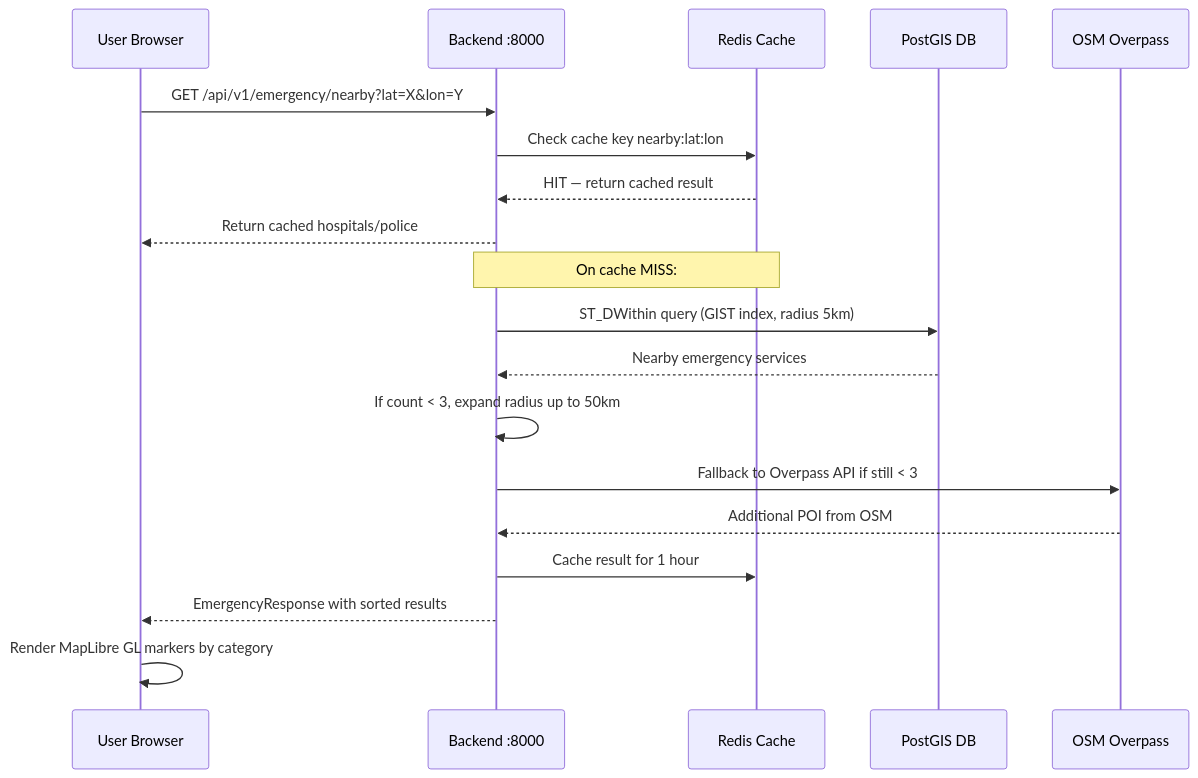
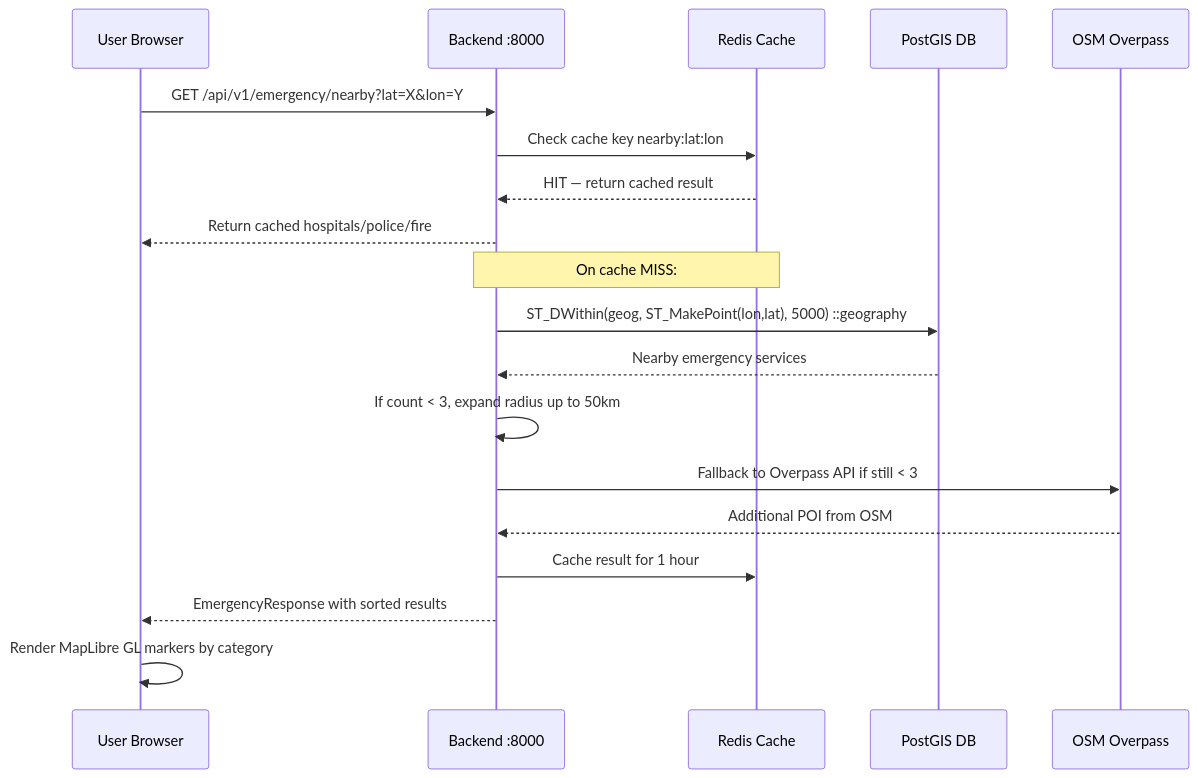
The sixth of 9 diagrams in docs/Architecture.md (safevixai/safevixai), drawn with Mermaid before and after one commit. The commit also changed other lines of this file and 110 other files, not shown here.

Commit message:
chore: e2e hardening, fix consent bypass, signup flow & responsive tests

````diff
--- a/docs/Architecture.md
+++ b/docs/Architecture.md
@@ -143,23 +428,23 @@
 ```mermaid
 sequenceDiagram
     participant U as User Browser
     participant F as Backend :8000
     participant R as Redis Cache
     participant P as PostGIS DB
     participant O as OSM Overpass
 
     U->>F: GET /api/v1/emergency/nearby?lat=X&lon=Y
     F->>R: Check cache key nearby:lat:lon
     R-->>F: HIT — return cached result
-    F-->>U: Return cached hospitals/police
+    F-->>U: Return cached hospitals/police/fire
 
     Note over F,R: On cache MISS:
-    F->>P: ST_DWithin query (GIST index, radius 5km)
+    F->>P: ST_DWithin(geog, ST_MakePoint(lon,lat), 5000) ::geography
     P-->>F: Nearby emergency services
     F->>F: If count < 3, expand radius up to 50km
     F->>O: Fallback to Overpass API if still < 3
     O-->>F: Additional POI from OSM
     F->>R: Cache result for 1 hour
     F-->>U: EmergencyResponse with sorted results
     U->>U: Render MapLibre GL markers by category
 ```
````
